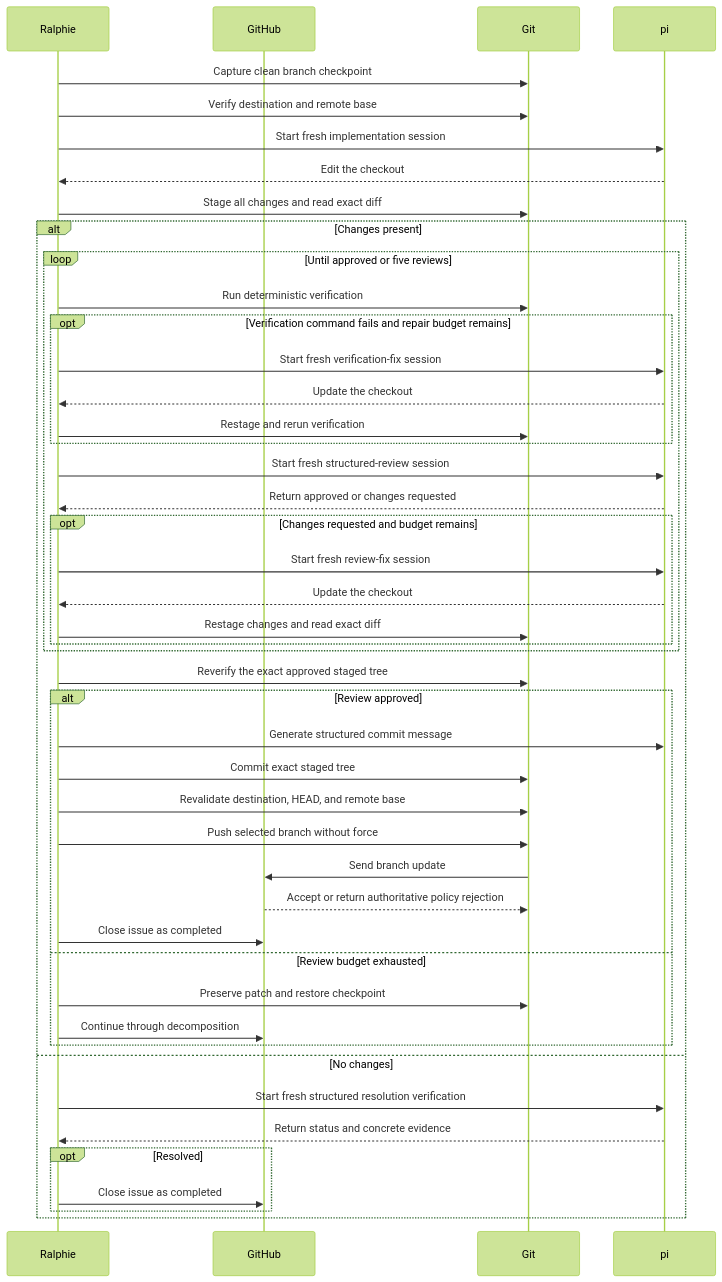
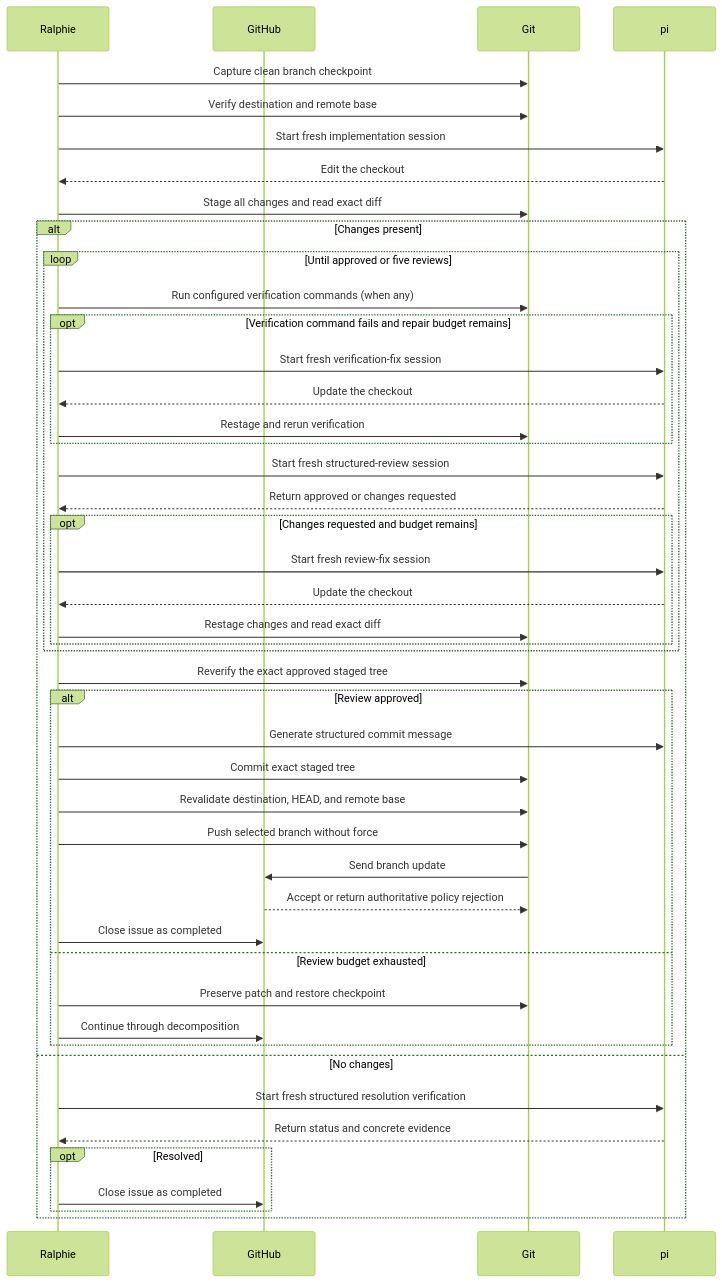
Before and after one commit to beremaran/ralphie: the second of 3 diagrams in docs/workflows.md, drawn with Mermaid (forest theme). The commit also changed other lines of this file and 10 other files, not shown here.

First line of the commit message:
Make deterministic verification opt-in

````diff
--- a/docs/workflows.md
+++ b/docs/workflows.md
@@ -89,50 +89,50 @@
 ```mermaid
 sequenceDiagram
     participant R as Ralphie
     participant GH as GitHub
     participant G as Git
     participant P as pi
 
     R->>G: Capture clean branch checkpoint
     R->>G: Verify destination and remote base
     R->>P: Start fresh implementation session
     P-->>R: Edit the checkout
     R->>G: Stage all changes and read exact diff
 
     alt Changes present
         loop Until approved or five reviews
-            R->>G: Run deterministic verification
+            R->>G: Run configured verification commands (when any)
             opt Verification command fails and repair budget remains
                 R->>P: Start fresh verification-fix session
                 P-->>R: Update the checkout
                 R->>G: Restage and rerun verification
             end
             R->>P: Start fresh structured-review session
             P-->>R: Return approved or changes requested
             opt Changes requested and budget remains
                 R->>P: Start fresh review-fix session
                 P-->>R: Update the checkout
                 R->>G: Restage changes and read exact diff
             end
         end
         R->>G: Reverify the exact approved staged tree
     alt Review approved
             R->>P: Generate structured commit message
             R->>G: Commit exact staged tree
             R->>G: Revalidate destination, HEAD, and remote base
             R->>G: Push selected branch without force
             G->>GH: Send branch update
             GH-->>G: Accept or return authoritative policy rejection
             R->>GH: Close issue as completed
         else Review budget exhausted
             R->>G: Preserve patch and restore checkpoint
             R->>GH: Continue through decomposition
         end
     else No changes
         R->>P: Start fresh structured resolution verification
         P-->>R: Return status and concrete evidence
         opt Resolved
             R->>GH: Close issue as completed
         end
     end
 ```
````
